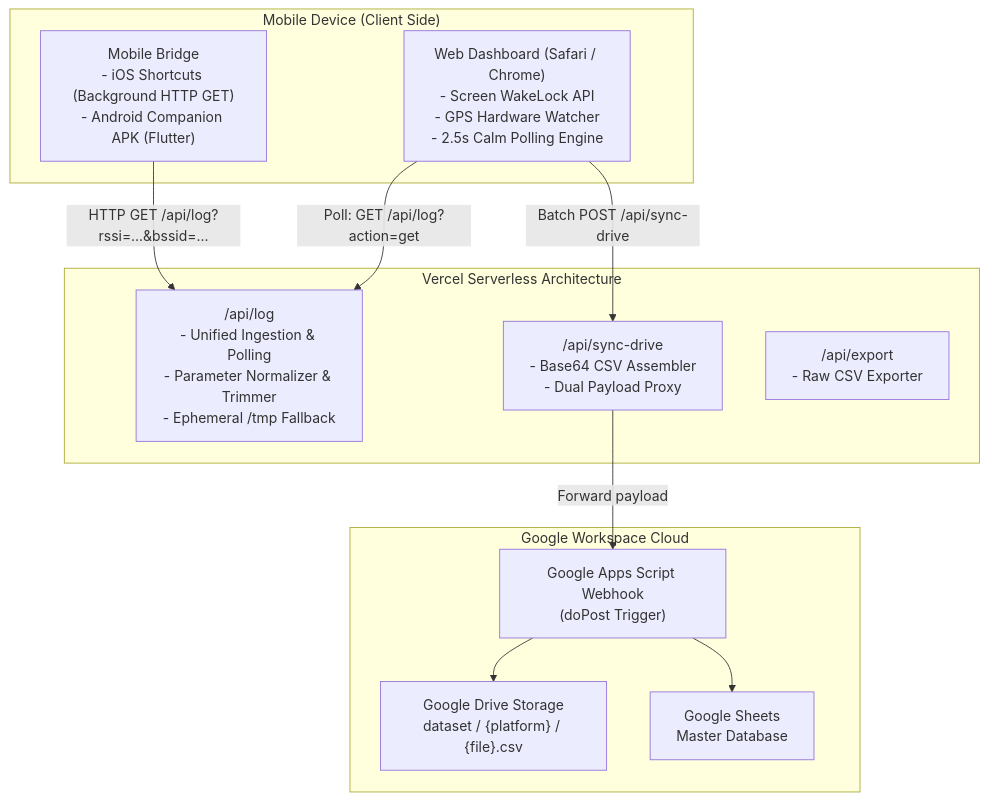
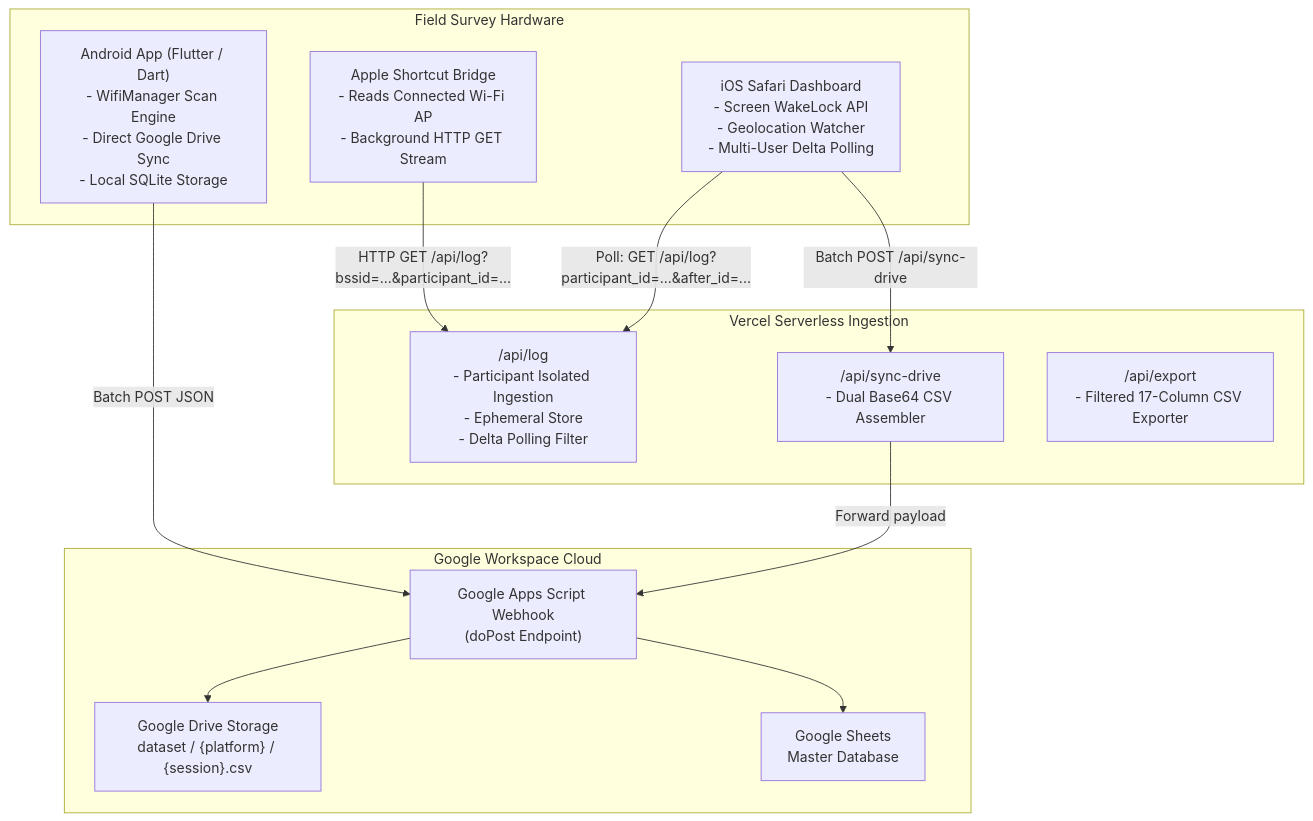
The second of 2 diagrams in README.md (Kitsada4435/rssi-web-logger), drawn with Mermaid before and after one commit. The commit also changed other lines of this file and 1 other file, not shown here.

Commit message:
docs: overhaul README with crystal-clear platform guidelines and update package name

````diff
--- a/README.md
+++ b/README.md
@@ -218,26 +185,28 @@
 ```mermaid
 flowchart TD
-    subgraph MobileClient ["Mobile Device (Client Side)"]
-        UI["Web Dashboard (Safari / Chrome)<br>- Screen WakeLock API<br>- GPS Hardware Watcher<br>- 2.5s Calm Polling Engine"]
-        Bridge["Mobile Bridge<br>- iOS Shortcuts (Background HTTP GET)<br>- Android Companion APK (Flutter)"]
+    subgraph MobileClients ["Field Survey Hardware"]
+        AndroidApp["Android App (Flutter / Dart)<br>- WifiManager Scan Engine<br>- Direct Google Drive Sync<br>- Local SQLite Storage"]
+        iOSWeb["iOS Safari Dashboard<br>- Screen WakeLock API<br>- Geolocation Watcher<br>- Multi-User Delta Polling"]
+        iOSShortcut["Apple Shortcut Bridge<br>- Reads Connected Wi-Fi AP<br>- Background HTTP GET Stream"]
     end
 
-    subgraph VercelCloud ["Vercel Serverless Architecture"]
-        LogAPI["/api/log<br>- Unified Ingestion & Polling<br>- Parameter Normalizer & Trimmer<br>- Ephemeral /tmp Fallback"]
-        SyncAPI["/api/sync-drive<br>- Base64 CSV Assembler<br>- Dual Payload Proxy"]
-        ExportAPI["/api/export<br>- Raw CSV Exporter"]
+    subgraph CloudPipeline ["Vercel Serverless Ingestion"]
+        LogAPI["/api/log<br>- Participant Isolated Ingestion<br>- Ephemeral Store<br>- Delta Polling Filter"]
+        SyncAPI["/api/sync-drive<br>- Dual Base64 CSV Assembler"]
+        ExportAPI["/api/export<br>- Filtered 17-Column CSV Exporter"]
     end
 
-    subgraph GoogleCloud ["Google Workspace Cloud"]
-        GAS["Google Apps Script Webhook<br>(doPost Trigger)"]
-        GDrive["Google Drive Storage<br>dataset / {platform} / {file}.csv"]
-        GSheets["Google Sheets<br>Master Database"]
+    subgraph StoragePipeline ["Google Workspace Cloud"]
+        GAS["Google Apps Script Webhook<br>(doPost Endpoint)"]
+        GDrive["Google Drive Storage<br>dataset / {platform} / {session}.csv"]
+        GSheet["Google Sheets<br>Master Database"]
     end
 
-    Bridge -- "HTTP GET /api/log?rssi=...&bssid=..." --> LogAPI
-    UI -- "Poll: GET /api/log?action=get" --> LogAPI
-    UI -- "Batch POST /api/sync-drive" --> SyncAPI
+    AndroidApp -- "Batch POST JSON" --> GAS
+    iOSShortcut -- "HTTP GET /api/log?bssid=...&participant_id=..." --> LogAPI
+    iOSWeb -- "Poll: GET /api/log?participant_id=...&after_id=..." --> LogAPI
+    iOSWeb -- "Batch POST /api/sync-drive" --> SyncAPI
     SyncAPI -- "Forward payload" --> GAS
     GAS --> GDrive
-    GAS --> GSheets
+    GAS --> GSheet
 ```
````
